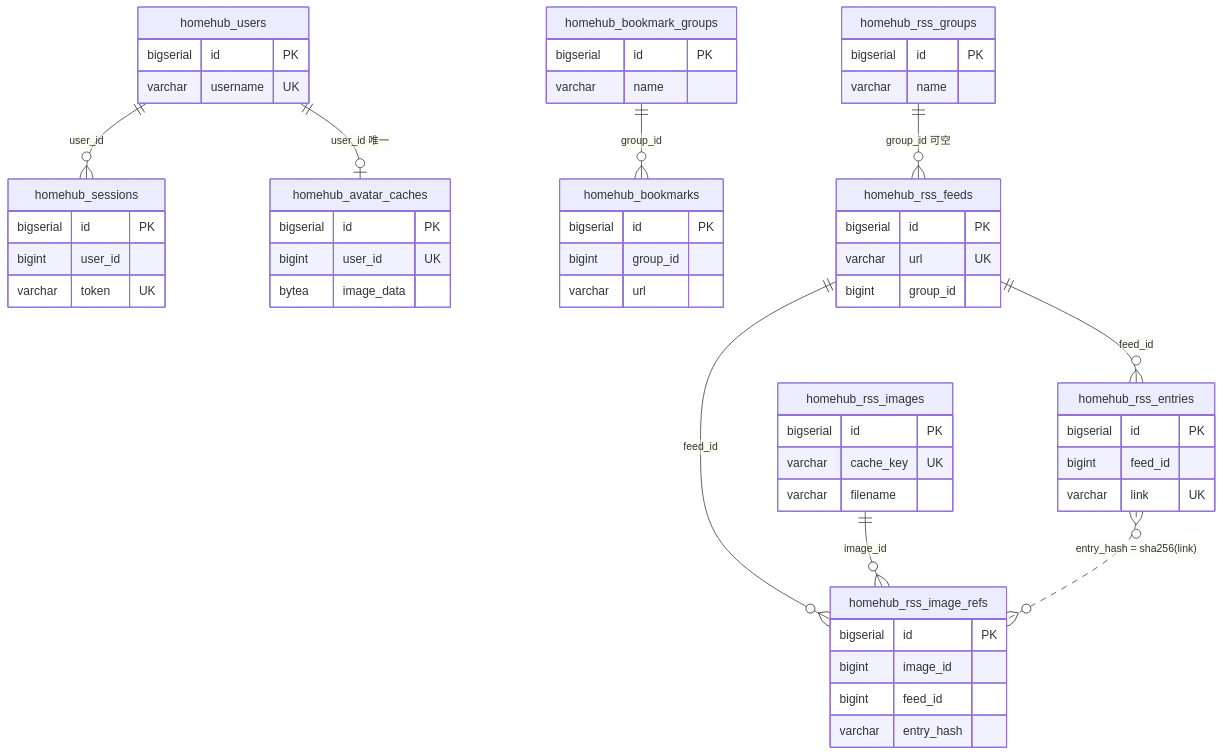
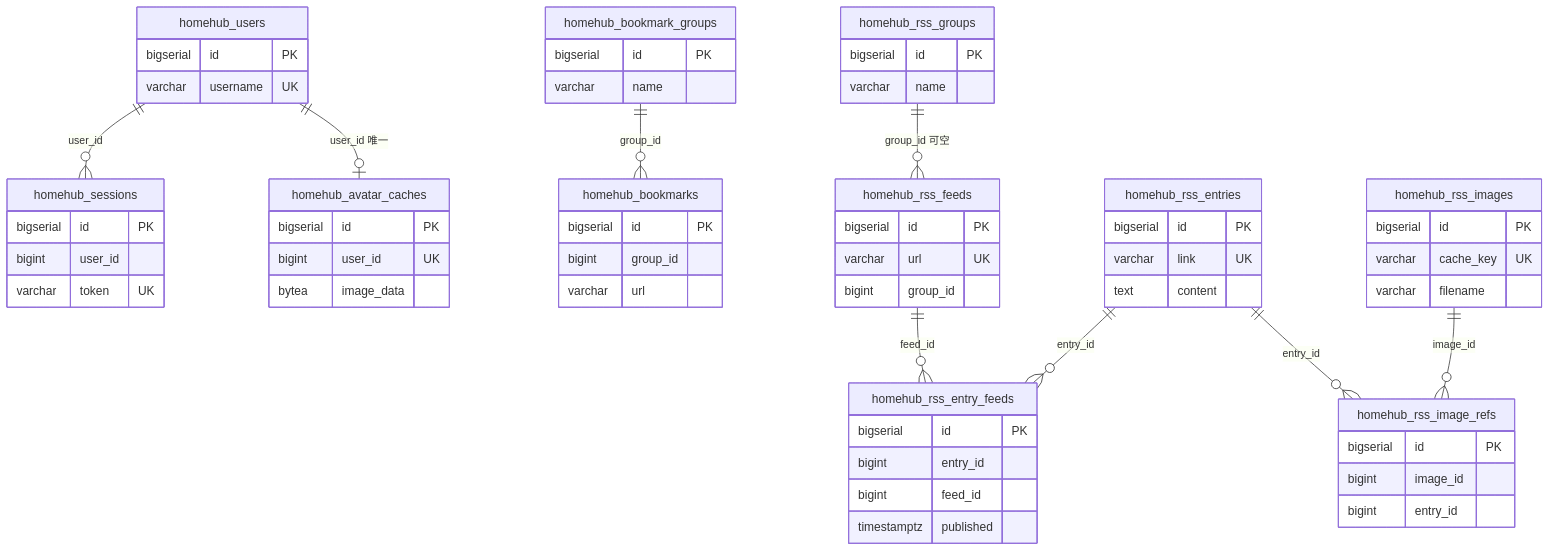
The diagram in docs/tables.md (ignvex/Homehub), drawn with Mermaid before and after one commit. The commit also changed other lines of this file and 18 other files, not shown here.

````diff
--- a/docs/tables.md
+++ b/docs/tables.md
@@ -67,60 +68,65 @@
 ```mermaid
 erDiagram
     homehub_users ||--o{ homehub_sessions : "user_id"
     homehub_users ||--o| homehub_avatar_caches : "user_id 唯一"
     homehub_bookmark_groups ||--o{ homehub_bookmarks : "group_id"
     homehub_rss_groups ||--o{ homehub_rss_feeds : "group_id 可空"
-    homehub_rss_feeds ||--o{ homehub_rss_entries : "feed_id"
-    homehub_rss_feeds ||--o{ homehub_rss_image_refs : "feed_id"
+    homehub_rss_feeds ||--o{ homehub_rss_entry_feeds : "feed_id"
+    homehub_rss_entries ||--o{ homehub_rss_entry_feeds : "entry_id"
     homehub_rss_images ||--o{ homehub_rss_image_refs : "image_id"
-    homehub_rss_entries }o..o{ homehub_rss_image_refs : "entry_hash = sha256(link)"
+    homehub_rss_entries ||--o{ homehub_rss_image_refs : "entry_id"
 
     homehub_users {
         bigserial id PK
         varchar username UK
     }
     homehub_sessions {
         bigserial id PK
         bigint user_id
         varchar token UK
     }
     homehub_avatar_caches {
         bigserial id PK
         bigint user_id UK
         bytea image_data
     }
     homehub_bookmark_groups {
         bigserial id PK
         varchar name
     }
     homehub_bookmarks {
         bigserial id PK
         bigint group_id
         varchar url
     }
     homehub_rss_groups {
         bigserial id PK
         varchar name
     }
     homehub_rss_feeds {
         bigserial id PK
         varchar url UK
         bigint group_id
     }
     homehub_rss_entries {
         bigserial id PK
+        varchar link UK
+        text content
+    }
+    homehub_rss_entry_feeds {
+        bigserial id PK
+        bigint entry_id
         bigint feed_id
-        varchar link UK
+        timestamptz published
     }
     homehub_rss_images {
         bigserial id PK
         varchar cache_key UK
         varchar filename
     }
     homehub_rss_image_refs {
         bigserial id PK
         bigint image_id
-        bigint feed_id
-        varchar entry_hash
+        bigint entry_id
     }
 ```
````
